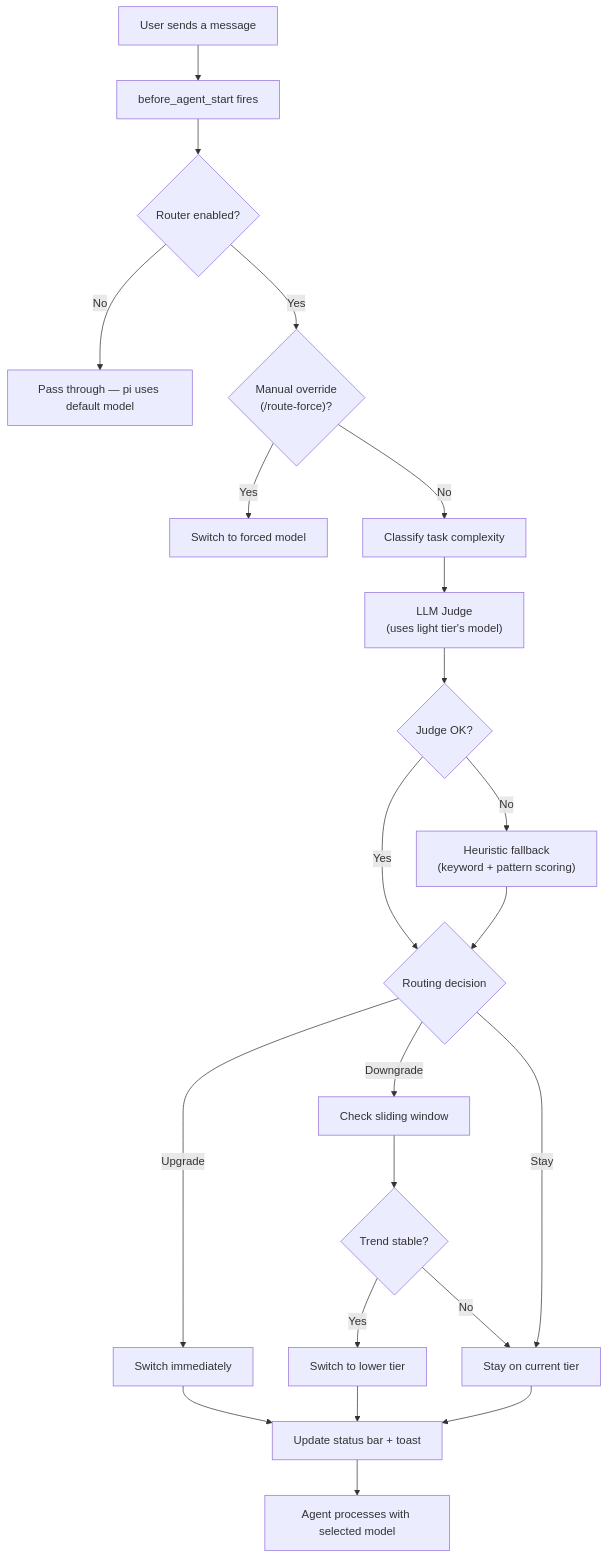
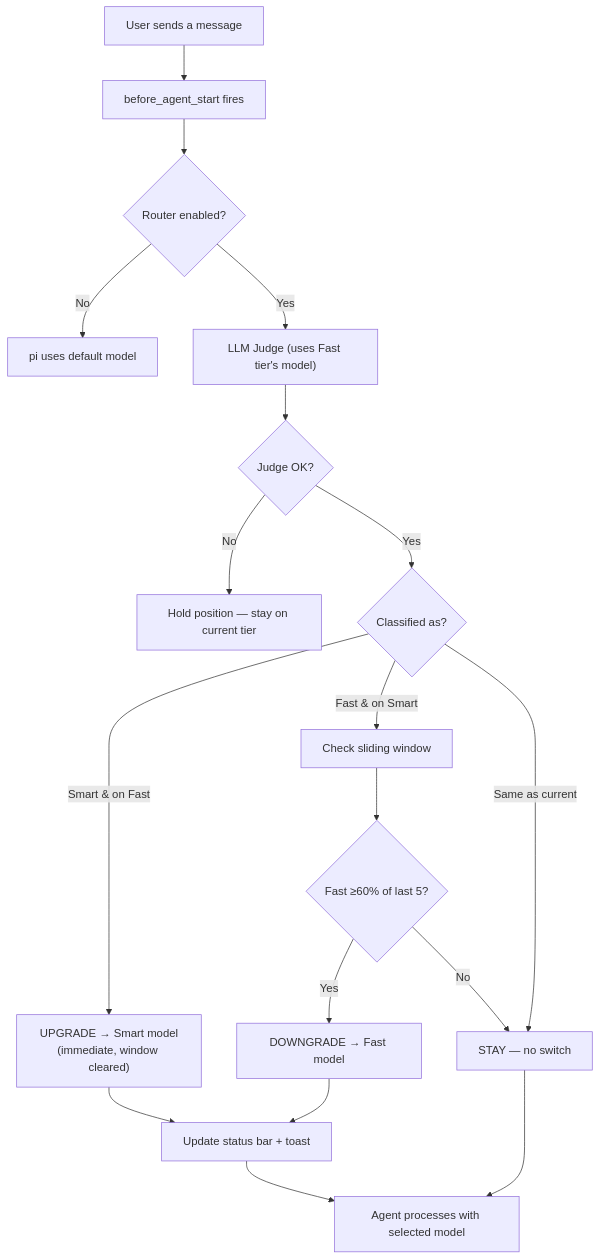
Before and after one commit to Groveer/pi-shift-router: the first of 2 diagrams in README.md, drawn with Mermaid. The commit also changed other lines of this file and 13 other files, not shown here.

First line of the commit message:
refactor: two-tier routing (fast/smart) with CTO/Programmer framing

````diff
--- a/README.md
+++ b/README.md
@@ -69,29 +58,25 @@
 ```mermaid
 flowchart TD
     Input["User sends a message"]
     Input --> Hook["before_agent_start fires"]
-    Hook --> Disabled{"Router enabled?"}
-    Disabled -->|No| Skip["Pass through — pi uses default model"]
-    Disabled -->|Yes| Override{"Manual override<br/>(/route-force)?"}
-    Override -->|Yes| Switch["Switch to forced model"]
-    Override -->|No| Judge["Classify task complexity"]
+    Hook --> Enabled{"Router enabled?"}
+    Enabled -->|No| Skip["pi uses default model"]
+    Enabled -->|Yes| Judge["LLM Judge (uses Fast tier's model)"]
+    Judge --> Fail{"Judge OK?"}
+    Fail -->|No| Fallback["Hold position — stay on current tier"]
+    Fail -->|Yes| Decide
     
-    Judge --> LLM["LLM Judge<br/>(uses light tier's model)"]
-    LLM --> Fallback{"Judge OK?"}
-    Fallback -->|No| Heuristic["Heuristic fallback<br/>(keyword + pattern scoring)"]
-    Fallback -->|Yes| Decide
-    Heuristic --> Decide
+    Decide{"Classified as?"}
+    Decide -->|Smart & on Fast| Upgrade["UPGRADE → Smart model<br/>(immediate, window cleared)"]
+    Decide -->|Fast & on Smart| Trend["Check sliding window"]
+    Decide -->|Same as current| Stay["STAY — no switch"]
     
-    Decide{"Routing decision"}
-    Decide -->|Upgrade| Immediate["Switch immediately"]
-    Decide -->|Downgrade| Trend["Check sliding window"]
-    Trend --> Stable{"Trend stable?"}
-    Stable -->|Yes| Downgrade["Switch to lower tier"]
-    Stable -->|No| Stay["Stay on current tier"]
-    Decide -->|Stay| Stay
+    Trend --> Stable{"Fast ≥60% of last 5?"}
+    Stable -->|Yes| Down["DOWNGRADE → Fast model"]
+    Stable -->|No| Stay
     
-    Immediate --> Notify["Update status bar + toast"]
-    Downgrade --> Notify
-    Stay --> Notify
-    Notify --> Done["Agent processes with selected model"]
+    Upgrade --> Notify["Update status bar + toast"]
+    Down --> Notify
+    Stay --> Done["Agent processes with selected model"]
+    Notify --> Done
 ```
````
